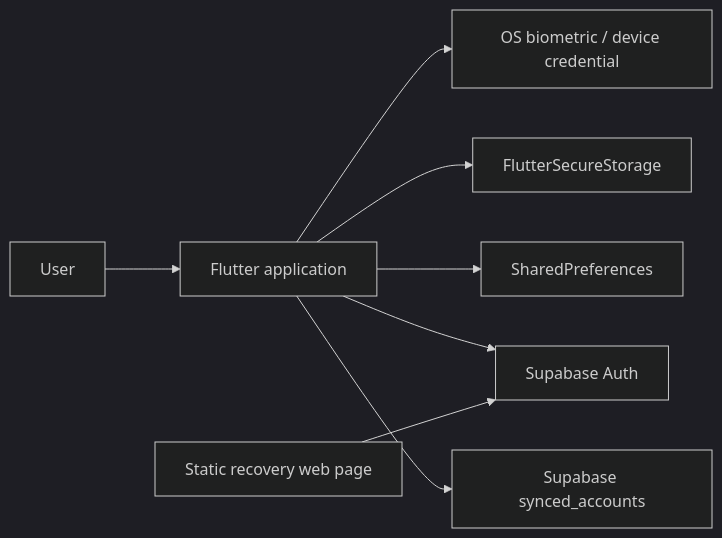
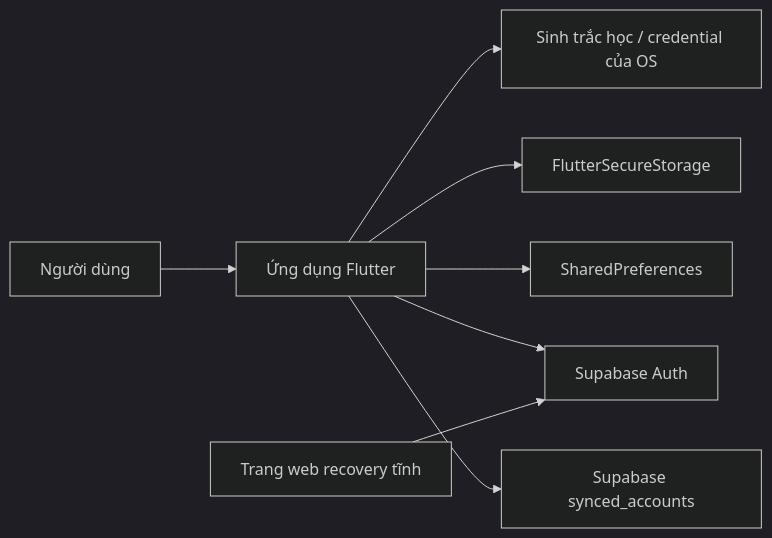
One commit to xuancanhit99/hyper_authenticator changed the diagram in docs/SYSTEM_DESIGN.md. Above: the diagram before and after it, drawn with Mermaid (dark theme). The commit also changed other lines of this file and 27 other files, not shown here.

```diff
--- a/docs/SYSTEM_DESIGN.md
+++ b/docs/SYSTEM_DESIGN.md
@@ -14,10 +14,10 @@
 ~~~mermaid
 flowchart LR
-    User["User"] --> App["Flutter application"]
-    App --> DeviceAuth["OS biometric / device credential"]
+    User["Người dùng"] --> App["Ứng dụng Flutter"]
+    App --> DeviceAuth["Sinh trắc học / credential của OS"]
     App --> SecureStorage["FlutterSecureStorage"]
     App --> Preferences["SharedPreferences"]
     App --> SupabaseAuth["Supabase Auth"]
     App --> SupabaseDB["Supabase synced_accounts"]
-    Recovery["Static recovery web page"] --> SupabaseAuth
+    Recovery["Trang web recovery tĩnh"] --> SupabaseAuth
 ~~~
```
